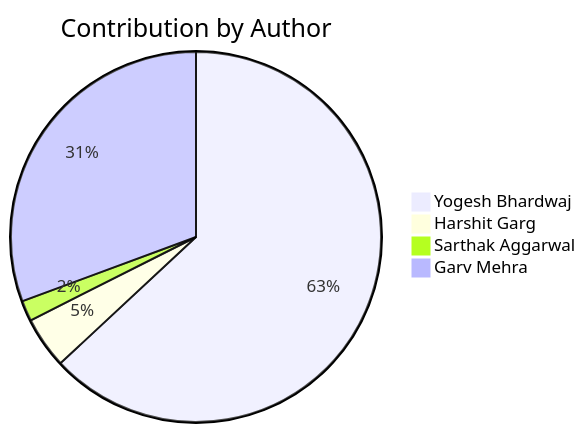
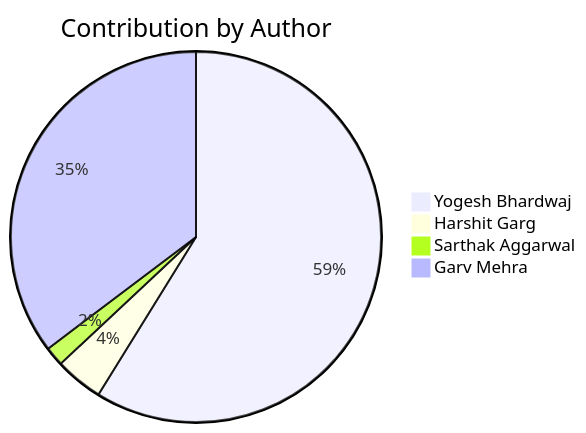
One commit to Yogesh-Bhardwaj-hue/Scm-Final_2.0 changed the second of 2 diagrams in README.md. Above: the diagram before and after it, drawn with Mermaid. The commit also changed other lines of this file, not shown here.

Commit message:
Update contribution charts

````diff
--- a/README.md
+++ b/README.md
@@ -183,7 +183,7 @@
 ```mermaid
 pie title Contribution by Author
     "Yogesh Bhardwaj": 70
     "Harshit Garg": 5
     "Sarthak Aggarwal": 2
-    "Garv Mehra": 34
+    "Garv Mehra": 42
 ```
````
